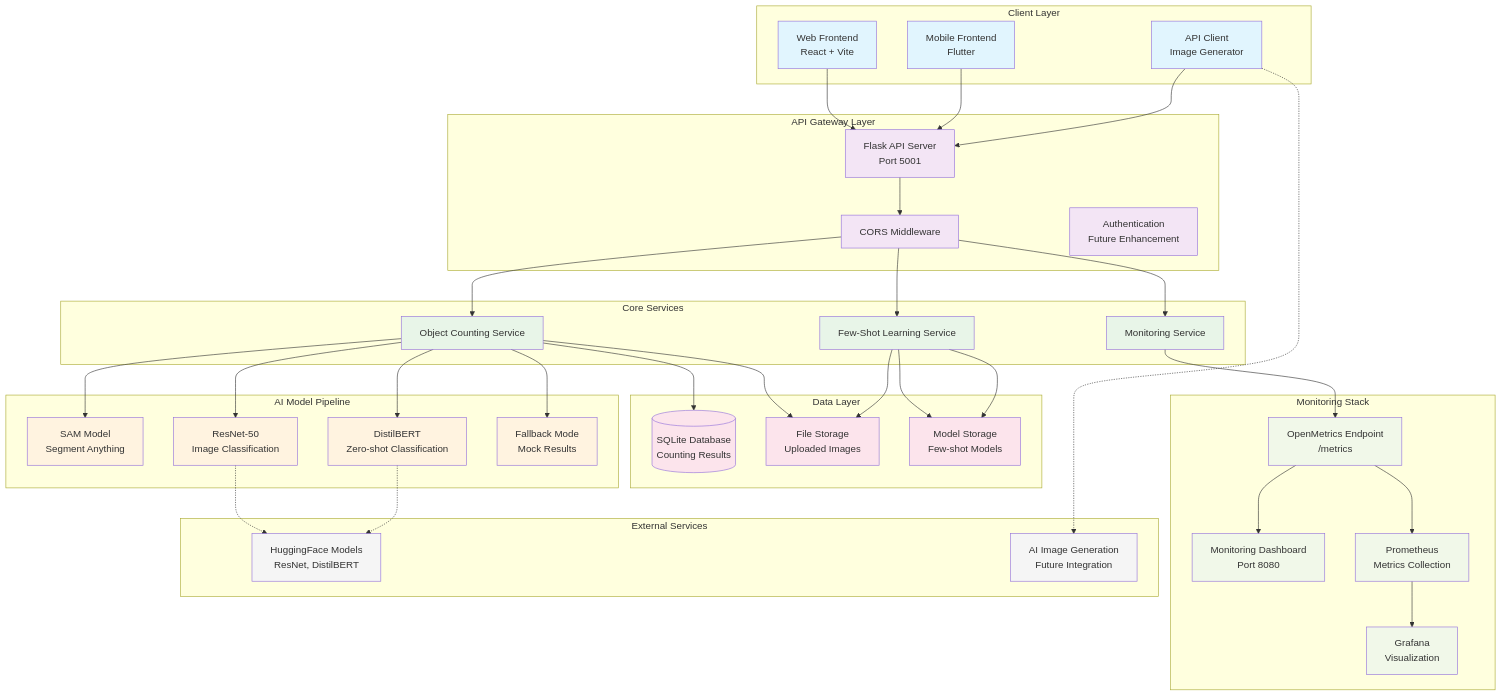
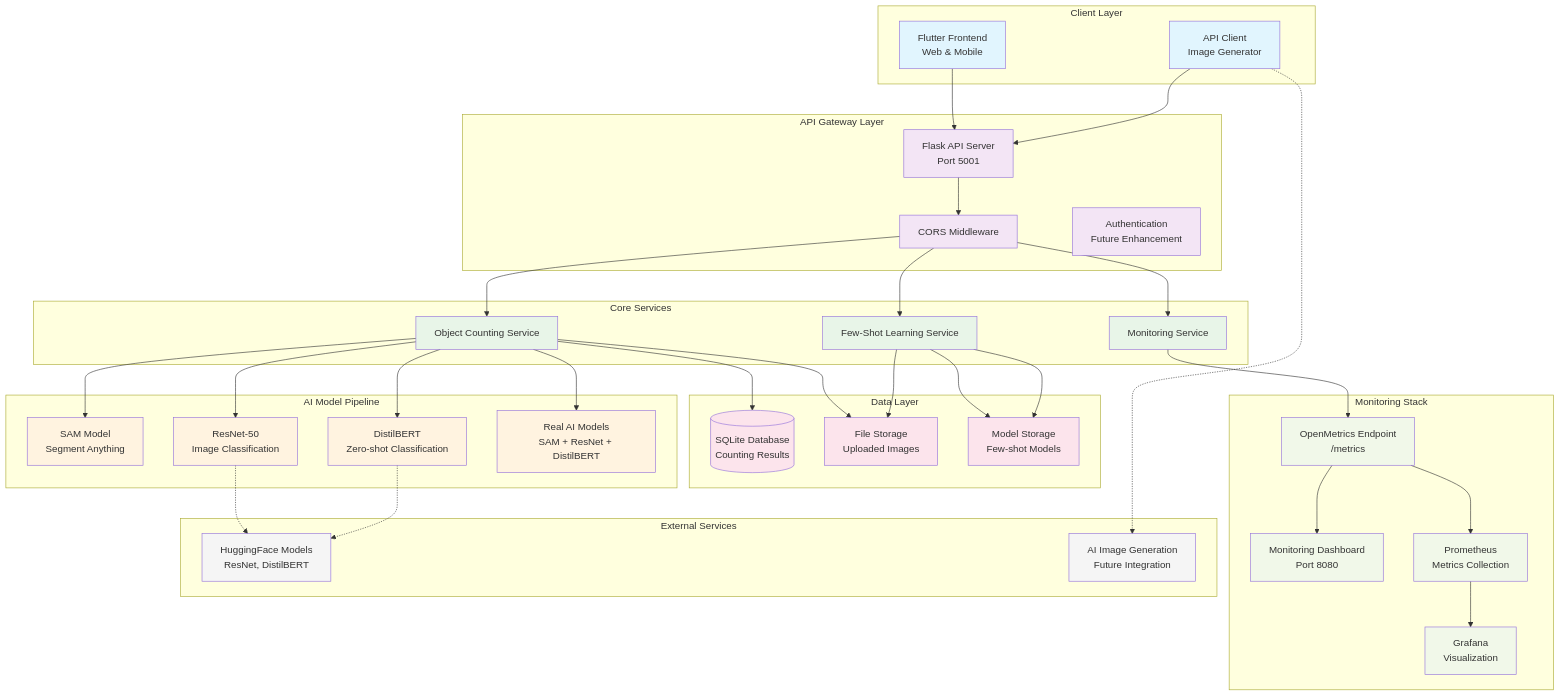
The first of 4 diagrams in architecture_diagram_week2.md (mithulram/ai-engineering-lab-project), drawn with Mermaid before and after one commit. The commit also changed other lines of this file and 28 other files, not shown here.

Commit message:
removed react and mock implemetations

````diff
--- a/architecture_diagram_week2.md
+++ b/architecture_diagram_week2.md
@@ -5,8 +5,7 @@
 ```mermaid
 graph TB
     subgraph "Client Layer"
-        WEB[Web Frontend<br/>React + Vite]
-        MOBILE[Mobile Frontend<br/>Flutter]
+        FLUTTER[Flutter Frontend<br/>Web & Mobile]
         API_CLIENT[API Client<br/>Image Generator]
     end
     
@@ -26,7 +25,7 @@
         SAM[SAM Model<br/>Segment Anything]
         RESNET[ResNet-50<br/>Image Classification]
         DISTILBERT[DistilBERT<br/>Zero-shot Classification]
-        FALLBACK[Fallback Mode<br/>Mock Results]
+        REAL_AI[Real AI Models<br/>SAM + ResNet + DistilBERT]
     end
     
     subgraph "Data Layer"
@@ -48,8 +47,7 @@
     end
     
     %% Client connections
-    WEB --> FLASK
-    MOBILE --> FLASK
+    FLUTTER --> FLASK
     API_CLIENT --> FLASK
     
     %% API Gateway
@@ -62,7 +60,7 @@
     COUNTING --> SAM
     COUNTING --> RESNET
     COUNTING --> DISTILBERT
-    COUNTING --> FALLBACK
+    COUNTING --> REAL_AI
     LEARNING --> MODELS
     MONITORING --> METRICS
     
@@ -91,10 +89,10 @@
     classDef monitor fill:#f1f8e9
     classDef external fill:#f5f5f5
     
-    class WEB,MOBILE,API_CLIENT client
+    class FLUTTER,API_CLIENT client
     class FLASK,CORS,AUTH api
     class COUNTING,LEARNING,MONITORING service
-    class SAM,RESNET,DISTILBERT,FALLBACK ai
+    class SAM,RESNET,DISTILBERT,REAL_AI ai
     class DB,FILES,MODELS data
     class METRICS,DASHBOARD,PROMETHEUS,GRAFANA monitor
     class HF,AI_GEN external
````
